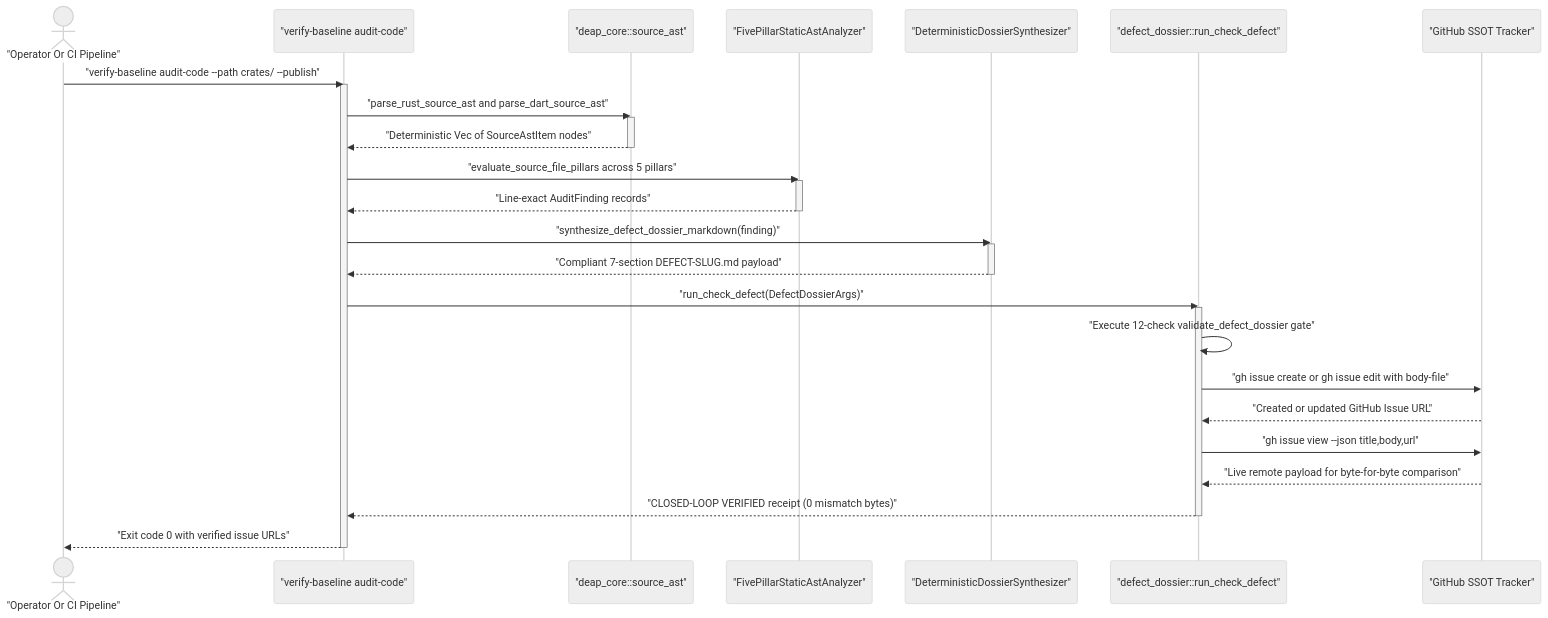
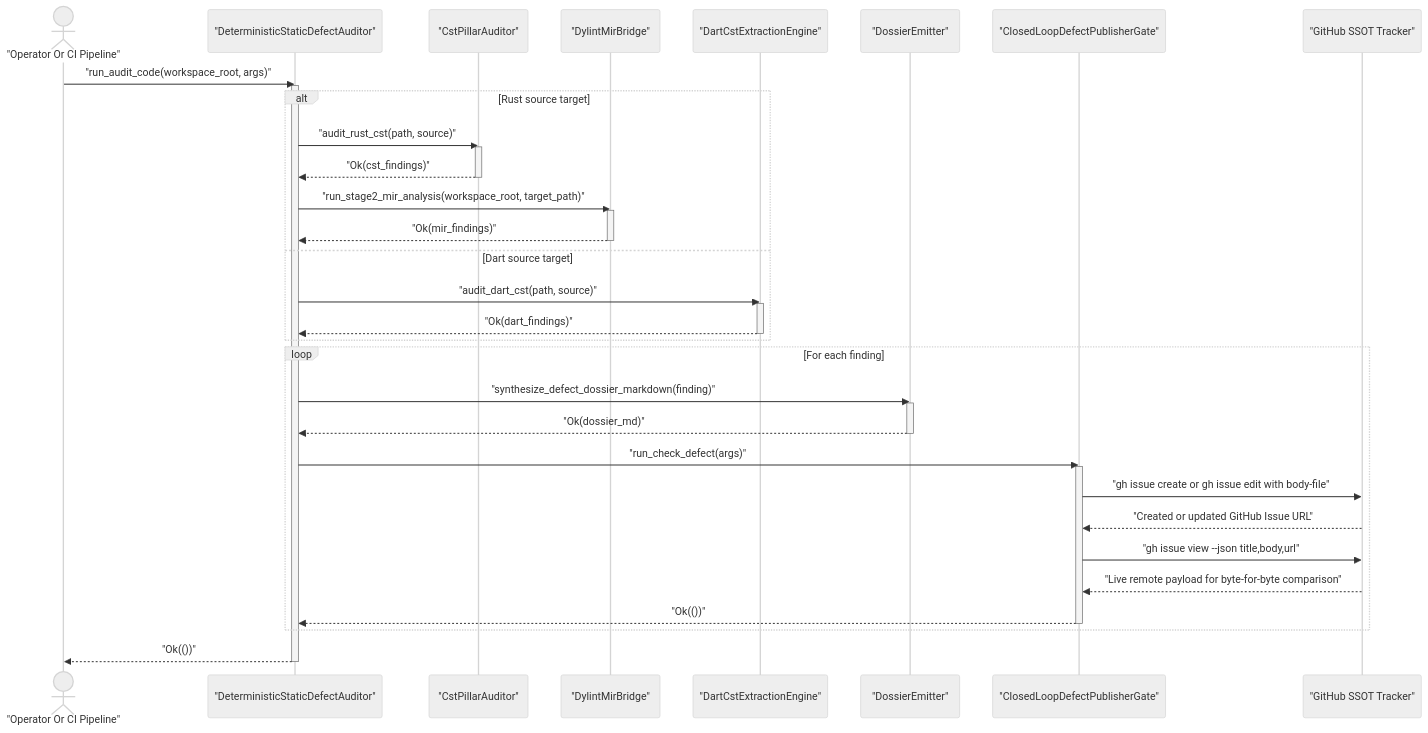
One commit to gintatkinson/DEAP01-spec-core changed the fourth of 4 diagrams in docs/designs/blueprint-06-deterministic-static-defect-dossier-auditor.md. Above: the diagram before and after it, drawn with Mermaid (neutral theme). The commit also changed other lines of this file and 2 other files, not shown here.

Commit message:
docs(blueprints): refactor BP-06 onto ra_ap_syntax, Dylint MIR bridge, and dart_cst

````diff
--- a/docs/designs/blueprint-06-deterministic-static-defect-dossier-auditor.md
+++ b/docs/designs/blueprint-06-deterministic-static-defect-dossier-auditor.md
@@ -230,36 +272,45 @@
 ```mermaid
 sequenceDiagram
     actor User as "Operator Or CI Pipeline"
-    participant CLI as "verify-baseline audit-code"
-    participant AST as "deap_core::source_ast"
-    participant Engine as "FivePillarStaticAstAnalyzer"
-    participant Synth as "DeterministicDossierSynthesizer"
-    participant Gate as "defect_dossier::run_check_defect"
+    participant CLI as "DeterministicStaticDefectAuditor"
+    participant CST as "CstPillarAuditor"
+    participant MIR as "DylintMirBridge"
+    participant Dart as "DartCstExtractionEngine"
+    participant Emitter as "DossierEmitter"
+    participant Gate as "ClosedLoopDefectPublisherGate"
     participant GH as "GitHub SSOT Tracker"
 
-    User->>CLI: "verify-baseline audit-code --path crates/ --publish"
+    User->>CLI: "run_audit_code(workspace_root, args)"
     activate CLI
-    CLI->>AST: "parse_rust_source_ast and parse_dart_source_ast"
-    activate AST
-    AST-->>CLI: "Deterministic Vec of SourceAstItem nodes"
-    deactivate AST
-    CLI->>Engine: "evaluate_source_file_pillars across 5 pillars"
-    activate Engine
-    Engine-->>CLI: "Line-exact AuditFinding records"
-    deactivate Engine
-    CLI->>Synth: "synthesize_defect_dossier_markdown(finding)"
-    activate Synth
-    Synth-->>CLI: "Compliant 7-section DEFECT-SLUG.md payload"
-    deactivate Synth
-    CLI->>Gate: "run_check_defect(DefectDossierArgs)"
-    activate Gate
-    Gate->>Gate: "Execute 12-check validate_defect_dossier gate"
-    Gate->>GH: "gh issue create or gh issue edit with body-file"
-    GH-->>Gate: "Created or updated GitHub Issue URL"
-    Gate->>GH: "gh issue view --json title,body,url"
-    GH-->>Gate: "Live remote payload for byte-for-byte comparison"
-    Gate-->>CLI: "CLOSED-LOOP VERIFIED receipt (0 mismatch bytes)"
-    deactivate Gate
-    CLI-->>User: "Exit code 0 with verified issue URLs"
+    alt Rust source target
+        CLI->>CST: "audit_rust_cst(path, source)"
+        activate CST
+        CST-->>CLI: "Ok(cst_findings)"
+        deactivate CST
+        CLI->>MIR: "run_stage2_mir_analysis(workspace_root, target_path)"
+        activate MIR
+        MIR-->>CLI: "Ok(mir_findings)"
+        deactivate MIR
+    else Dart source target
+        CLI->>Dart: "audit_dart_cst(path, source)"
+        activate Dart
+        Dart-->>CLI: "Ok(dart_findings)"
+        deactivate Dart
+    end
+    loop For each finding
+        CLI->>Emitter: "synthesize_defect_dossier_markdown(finding)"
+        activate Emitter
+        Emitter-->>CLI: "Ok(dossier_md)"
+        deactivate Emitter
+        CLI->>Gate: "run_check_defect(args)"
+        activate Gate
+        Gate->>GH: "gh issue create or gh issue edit with body-file"
+        GH-->>Gate: "Created or updated GitHub Issue URL"
+        Gate->>GH: "gh issue view --json title,body,url"
+        GH-->>Gate: "Live remote payload for byte-for-byte comparison"
+        Gate-->>CLI: "Ok(())"
+        deactivate Gate
+    end
+    CLI-->>User: "Ok(())"
     deactivate CLI
 ```
````
